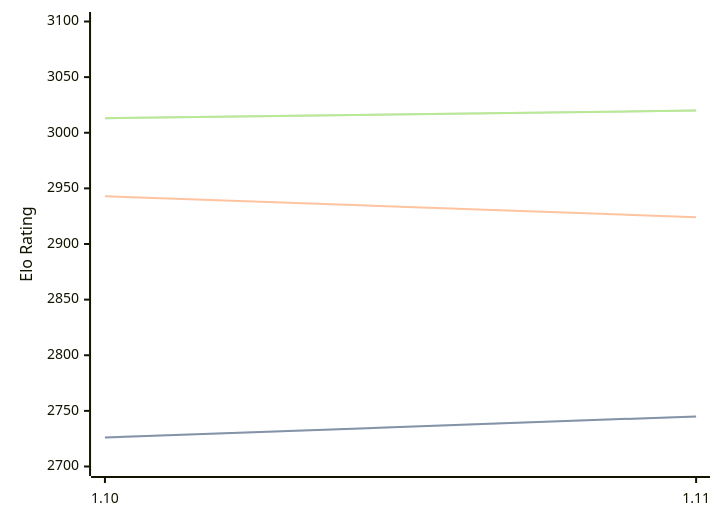
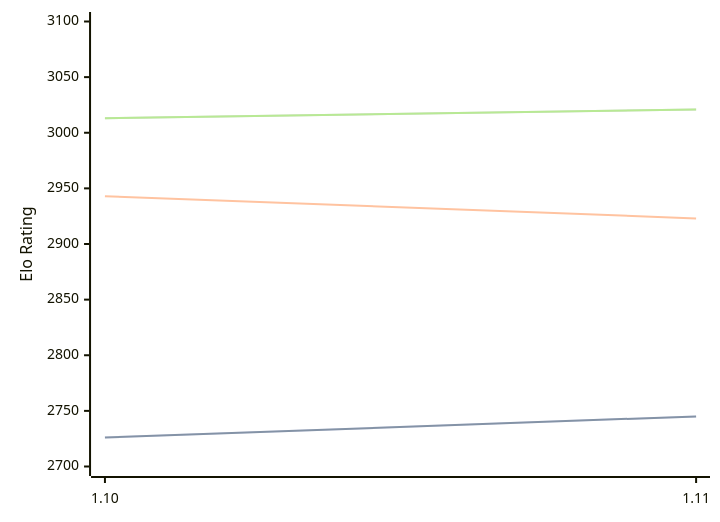
Before and after one commit to computer-chess-index/cci: the first of 3 diagrams in engines/Roc.md, drawn with Mermaid. The commit also changed other lines of this file, not shown here.

Commit message:
Update CCI Ratings (ELO VLTC) - 2026-06-20

````diff
--- a/engines/Roc.md
+++ b/engines/Roc.md
@@ -65,11 +65,11 @@
 ```mermaid
 %%{init: {"theme":"base","themeVariables":{"seriesColors:['#a3a3a3','#222221','#faa371']}}}%%
 xychart-beta
   x-axis ["1.10", "1.11"]
   y-axis "Elo Rating" 2700 --> 3100
   line "STC (8.0+0.08s)" [2726, 2745]
   line "STC (8.0+0.08s)" [2726, 2745]
-  line "LTC (60.0+0.60s)" [2943, 2924]
-  line "VLTC (2m24s+1.12s)" [3013, 3020]
-  line "VLTC (2m24s+1.12s)" [3013, 3020]
+  line "LTC (60.0+0.60s)" [2943, 2923]
+  line "VLTC (2m24s+1.12s)" [3013, 3021]
+  line "VLTC (2m24s+1.12s)" [3013, 3021]
 ```
````
